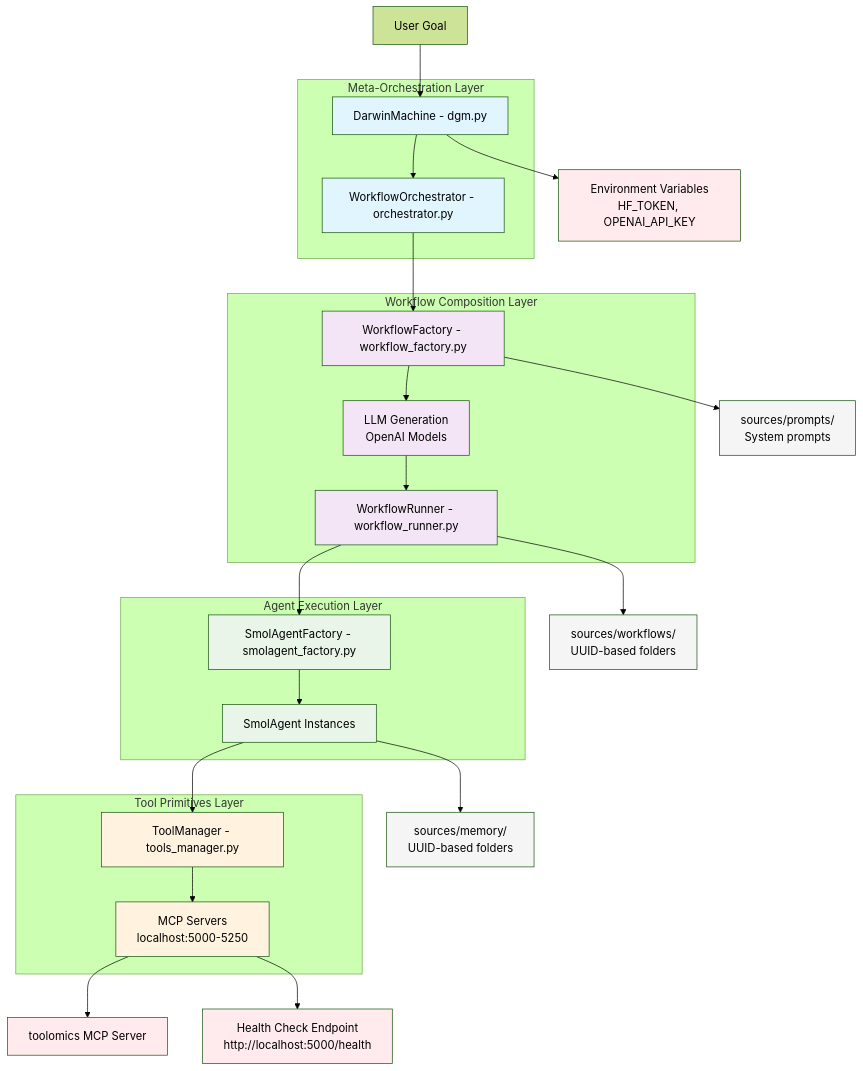
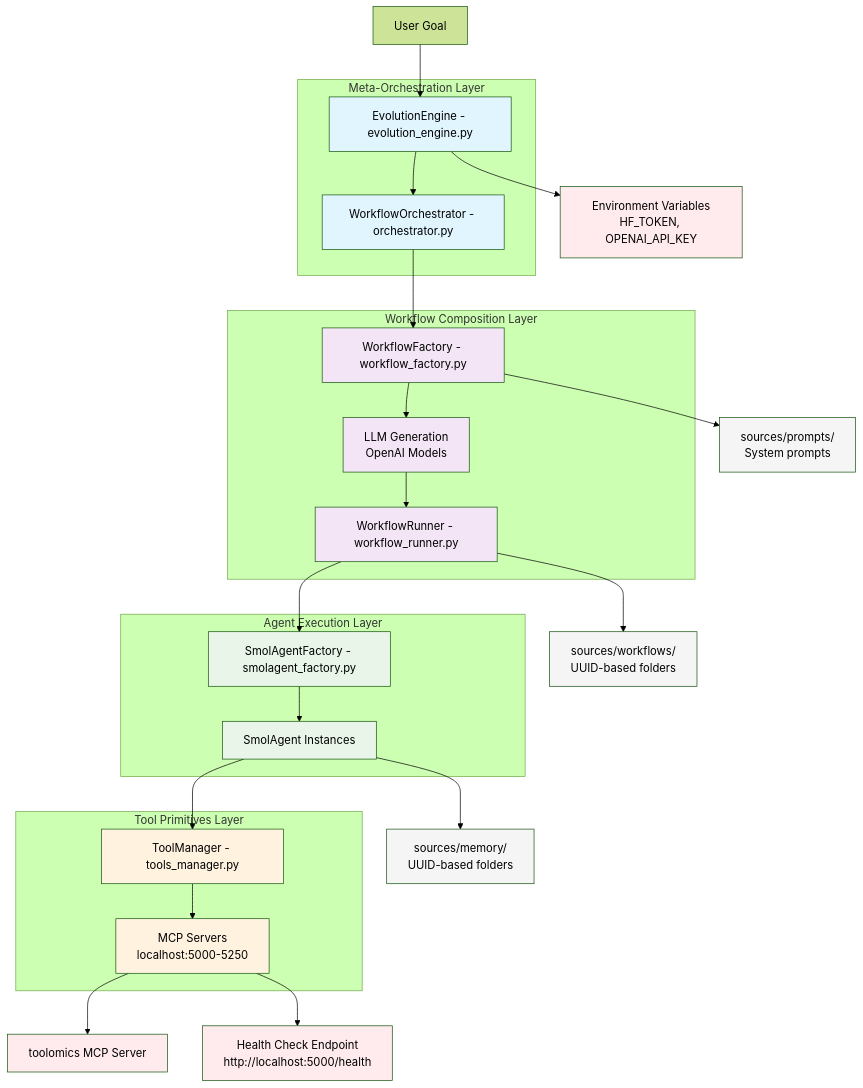
One commit to HolobiomicsLab/Mimosa-AI changed the diagram in docs/diagrams/class_diagram.mermaid. Above: the diagram before and after it, drawn with Mermaid (forest theme). The commit also changed 23 other files, not shown here.

```diff
--- a/docs/diagrams/class_diagram.mermaid
+++ b/docs/diagrams/class_diagram.mermaid
@@ -1,65 +1,65 @@
 graph TD
-      A[User Goal] --> B[DarwinMachine - dgm.py]
+      A[User Goal] --> B[EvolutionEngine - evolution_engine.py]
       B --> C[WorkflowOrchestrator - orchestrator.py]
       C --> D[WorkflowFactory - workflow_factory.py]
       D --> E[LLM Generation<br/>OpenAI Models]
       E --> F[WorkflowRunner - workflow_runner.py]
       F --> G[SmolAgentFactory - smolagent_factory.py]
       G --> H[SmolAgent Instances]
       H --> I[ToolManager - tools_manager.py]
       I --> J[MCP Servers<br/>localhost:5000-5250]
 
       %% 4-Layer Architecture
       subgraph "Meta-Orchestration Layer"
           B
           C
       end
 
       subgraph "Workflow Composition Layer"
           D
           E
           F
       end
 
       subgraph "Agent Execution Layer"
           G
           H
       end
 
       subgraph "Tool Primitives Layer"
           I
           J
       end
 
       %% Storage Components
       K[sources/workflows/<br/>UUID-based folders]
       L[sources/memory/<br/>UUID-based folders]
       M[sources/prompts/<br/>System prompts]
 
       F --> K
       H --> L
       D --> M
 
       %% External Dependencies
       N[toolomics MCP Server]
       O[Environment Variables<br/>HF_TOKEN, OPENAI_API_KEY]
       P[Health Check Endpoint<br/>http://localhost:5000/health]
 
       J --> N
       B --> O
       J --> P
 
 
       classDef layer1 fill:#e1f5fe
       classDef layer2 fill:#f3e5f5
       classDef layer3 fill:#e8f5e8
       classDef layer4 fill:#fff3e0
       classDef storage fill:#f5f5f5
       classDef external fill:#ffebee
 
       class B,C layer1
       class D,E,F layer2
       class G,H layer3
       class I,J layer4
       class K,L,M storage
       class N,O,P external
```
